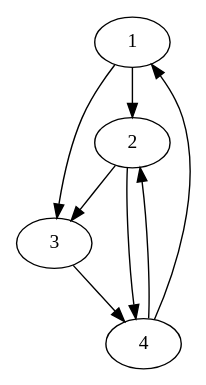
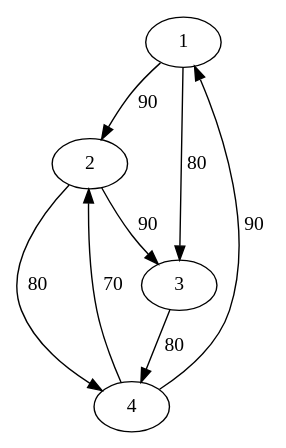
The diagram in testes/uniao.dot (vinicius-de-souza/graphapplication), drawn with Graphviz before and after one commit. The commit also changed 13 other files, not shown here.

```diff
--- a/testes/uniao.dot
+++ b/testes/uniao.dot
@@ -1,14 +1,14 @@
 strict digraph G {
 
-    1 ->  2
-    1 ->  2
-    1 ->  3
-    2 ->  3
-    2 ->  3
-    2 ->  4
-    3 ->  4
-    3 ->  4
-    4 ->  1
-    4 ->  2
+    1 ->  2 [label=" 90"]
+    1 ->  2 [label=" 90"]
+    1 ->  3 [label=" 80"]
+    2 ->  3 [label=" 90"]
+    2 ->  3 [label=" 90"]
+    2 ->  4 [label=" 80"]
+    3 ->  4 [label=" 80"]
+    3 ->  4 [label=" 80"]
+    4 ->  1 [label=" 90"]
+    4 ->  2 [label=" 70"]
 
  }
```
